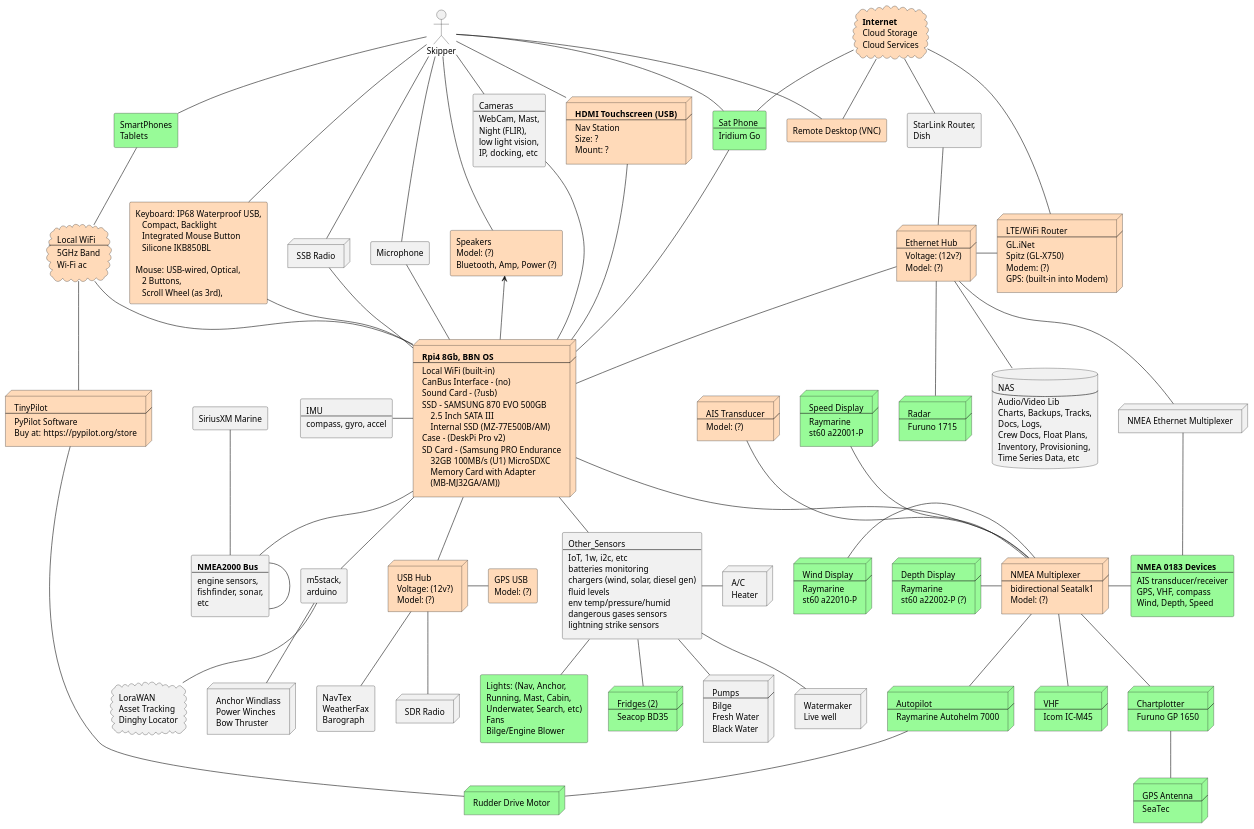
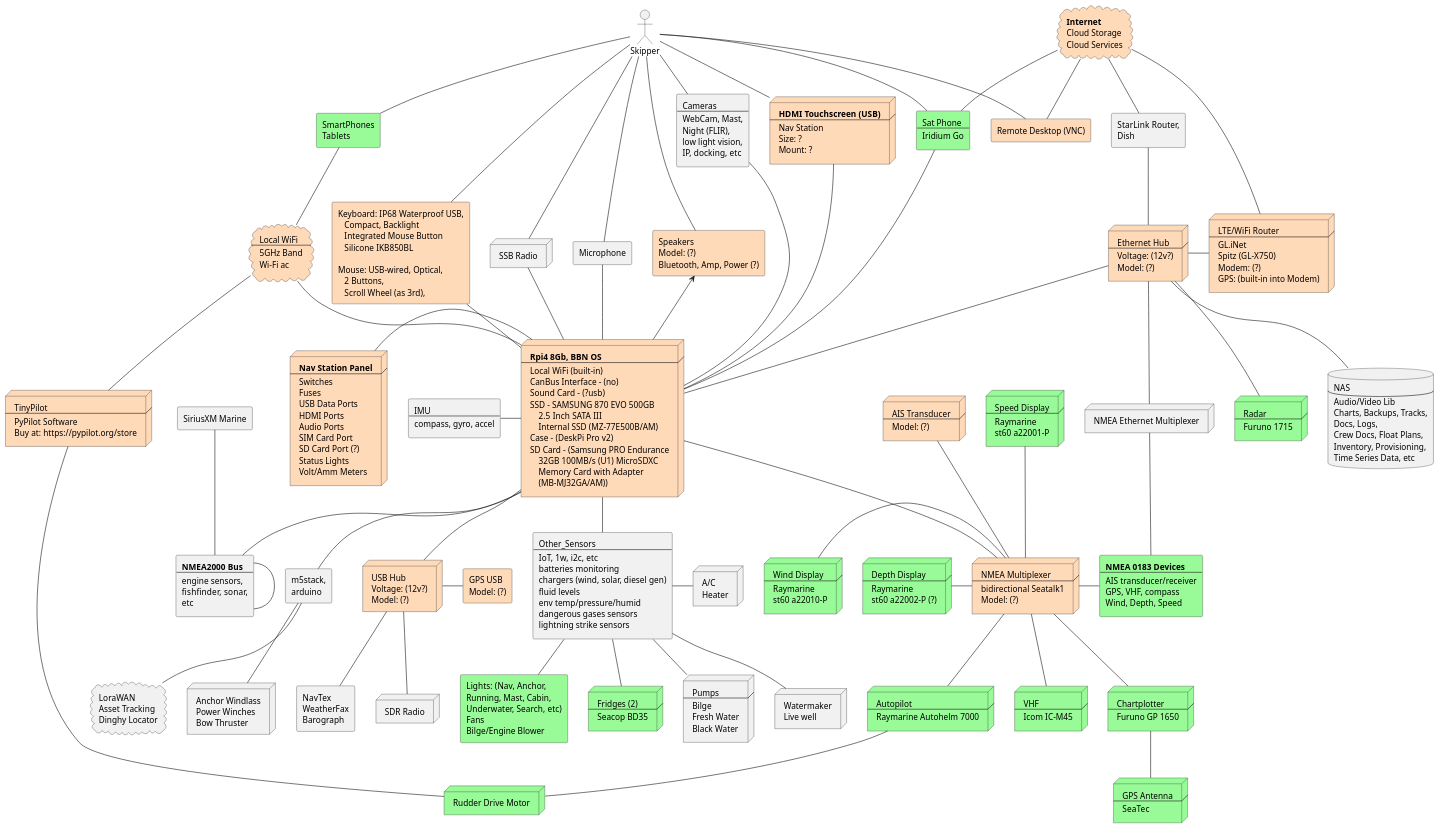
The diagram in docs/plantuml/alcazar-system-arch.puml (SY-Alcazar/SY-Alcazar), drawn with PlantUML before and after one commit.

Commit message:
alcazar system arch

```diff
--- a/docs/plantuml/alcazar-system-arch.puml
+++ b/docs/plantuml/alcazar-system-arch.puml
@@ -2,6 +2,20 @@
 
 actor Skipper [
  Skipper
+]
+
+node Panel #peachpuff [
+ <b>Nav Station Panel
+ ----
+ Switches
+ Fuses
+ USB Data Ports
+ HDMI Ports
+ Audio Ports
+ SIM Card Port
+ SD Card Port (?)
+ Status Lights
+ Volt/Amm Meters
 ]
 
 node RPI #peachpuff [
@@ -324,6 +338,7 @@
 RPI -d- Esp32
 RPI -u- WiFi_Local
 RPI -u- Keyboard_Mouse
+RPI -l- Panel
 
 SmartPhone -- WiFi_Local
 AP_2 -u- WiFi_Local
```
